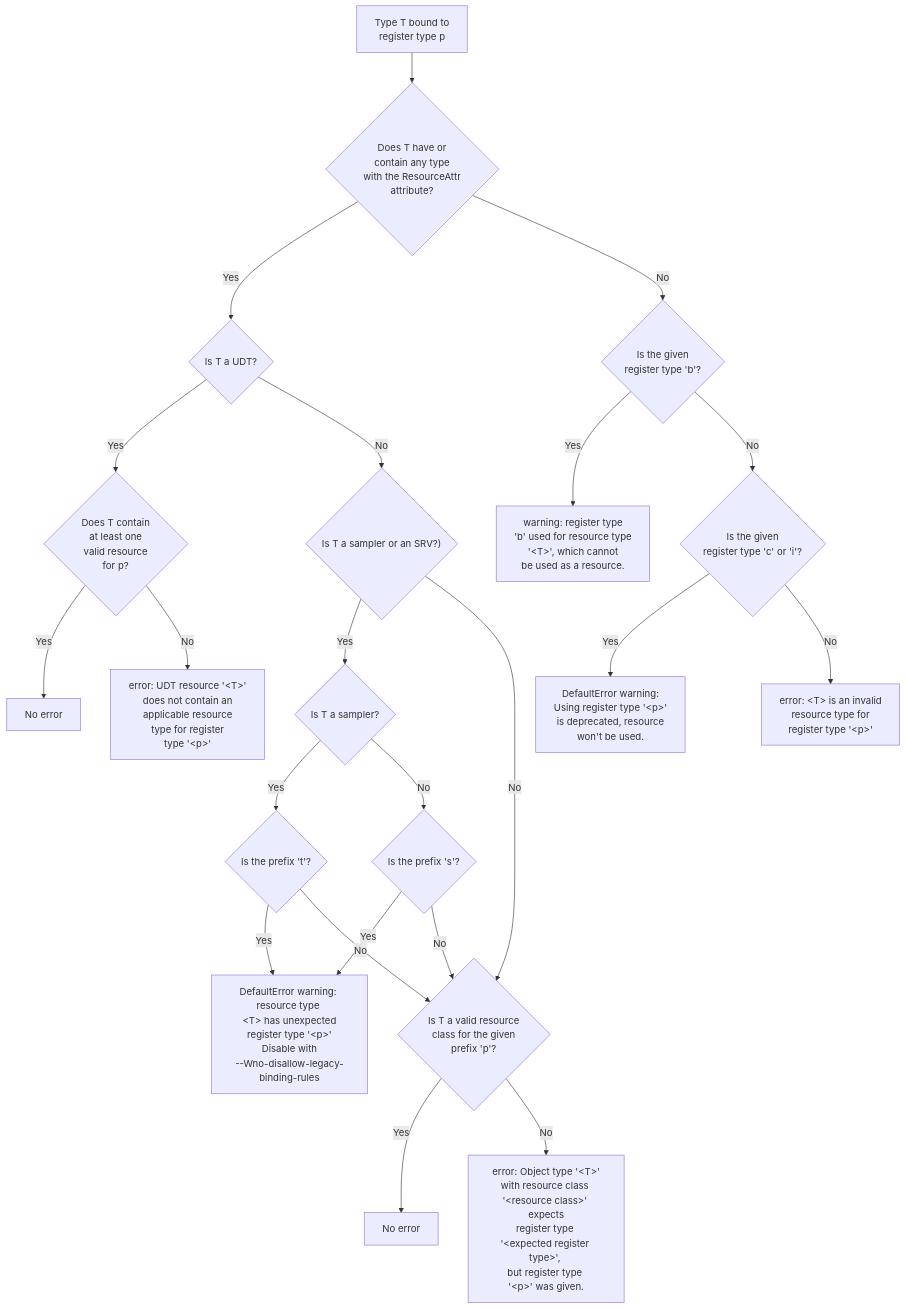
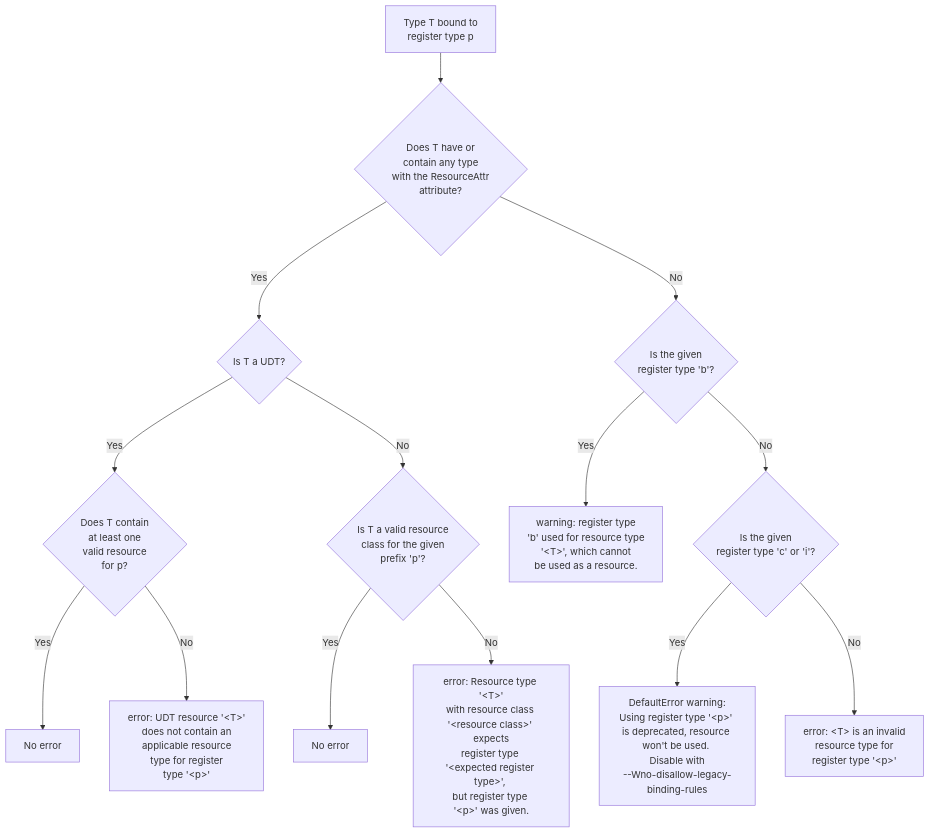
Before and after one commit to microsoft/hlsl-specs: the diagram in proposals/infra/INF-0004-register-types-and-diagnostics.md, drawn with Mermaid. The commit also changed other lines of this file, not shown here.

Commit message:
remove sampler srv register type sharing

````diff
--- a/proposals/infra/INF-0004-register-types-and-diagnostics.md
+++ b/proposals/infra/INF-0004-register-types-and-diagnostics.md
@@ -185,58 +176,48 @@
 ```mermaid
 flowchart TD
 A[Type T bound to 
 register type p] --> B{Does T have or 
 contain any type
 with the ResourceAttr
 attribute?}
 B -- Yes -->C{Is T a UDT?}
-B -- No --> N{Is the given 
+B -- No --> J{Is the given 
 register type 'b'?}
 C -- Yes -->D{Does T contain
 at least one 
 valid resource 
 for p?}
-C -- No -->G{"Is T a sampler or an SRV?)"}
+C -- No -->G{Is T a valid resource
+class for the given
+prefix 'p'?}
 D -- Yes -->E[No error]
 D -- No -->F[error: UDT resource '&ltT&gt'
 does not contain an 
 applicable resource 
 type for register 
 type '&ltp&gt']
-G -- Yes -->H{Is T a sampler?}
-G -- No --> K{Is T a valid resource
-class for the given
-prefix 'p'?}
-H -- Yes -->L{Is the prefix 't'?}
-H -- No --> J{Is the prefix 's'?}
-J -- Yes --> O
-J -- No --> K 
-K -- Yes -->Q[No error]
-K -- No --> R[error: Object type '&ltT&gt'
+G -- Yes -->H[No error]
+G -- No --> I[error: Resource type '&ltT&gt'
 with resource class 
 '&ltresource class&gt' expects
 register type 
 '&ltexpected register type&gt', 
 but register type 
 '&ltp&gt' was given.]
-L -- Yes -->O[DefaultError warning: 
-resource type 
-&ltT&gt has unexpected
-register type '&ltp&gt'
-Disable with
---Wno-disallow-legacy-binding-rules]
-L -- No -->K
-N -- Yes -->T[warning: register type
+
+J -- Yes -->K[warning: register type
 'b' used for resource type 
 '&ltT&gt', which cannot 
 be used as a resource.]
-N -- No -->U{Is the given
+J -- No -->L{Is the given
 register type 'c' or 'i'?}
-U -- Yes --> W[DefaultError warning:
+L -- Yes --> M[DefaultError warning:
 Using register type '&ltp&gt' 
 is deprecated, resource 
-won't be used.]
-U -- No -->X[error: &ltT&gt is an invalid 
+won't be used. 
+Disable with
+--Wno-disallow-legacy-binding-rules]
+L -- No -->N[error: &ltT&gt is an invalid 
 resource type for 
 register type '&ltp&gt']
 ```
````
